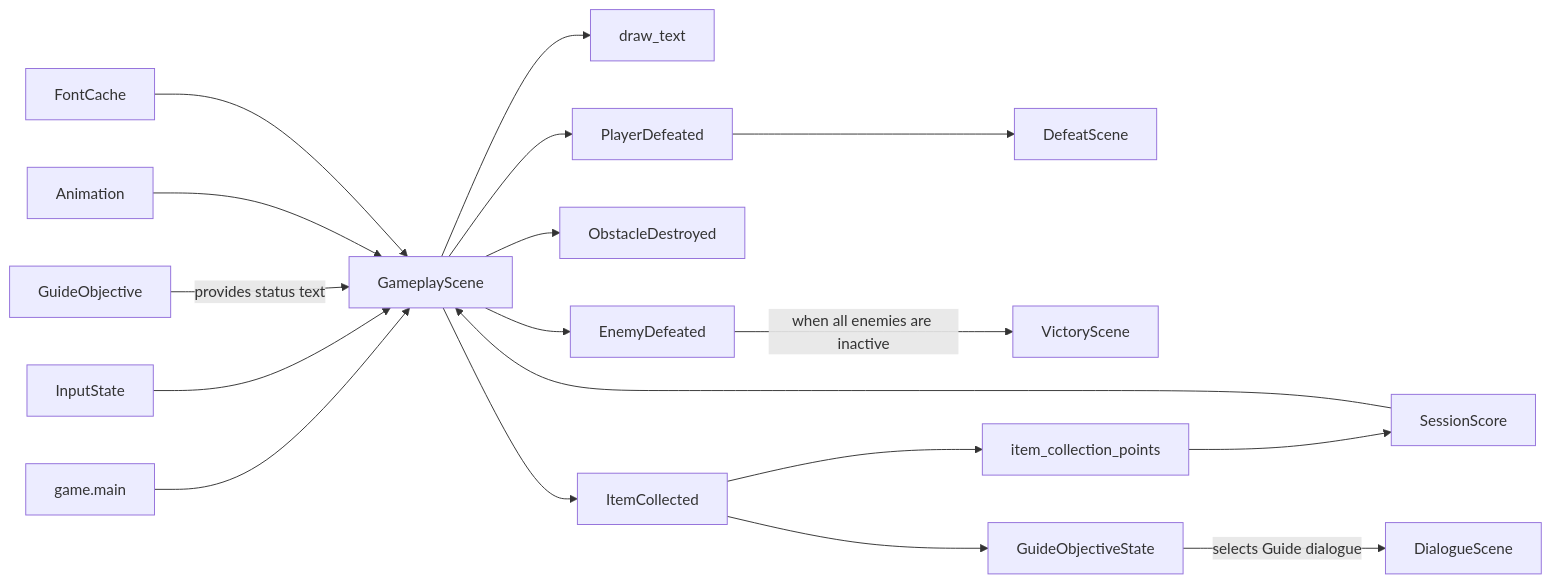
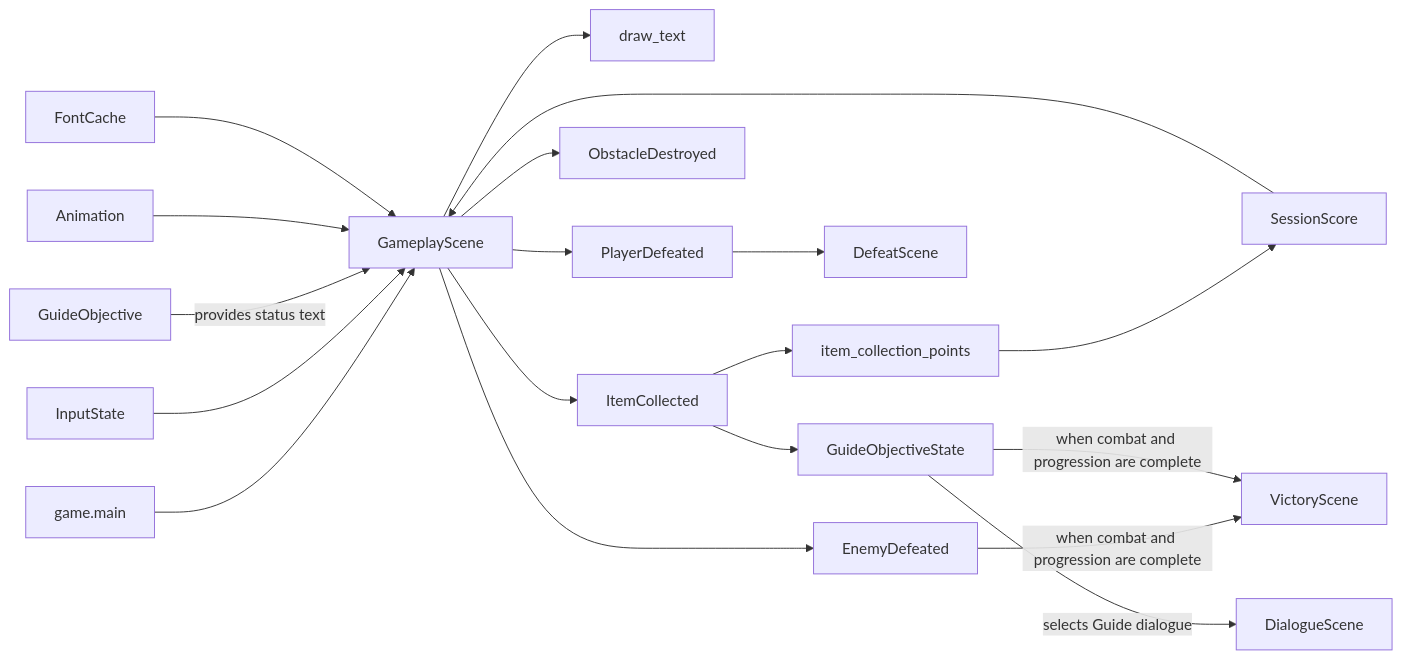
Before and after one commit to VincentMardon/my_first_adventure_game: the third of 3 diagrams in docs/architecture/overview.md, drawn with Mermaid. The commit also changed other lines of this file and 6 other files, not shown here.

Commit message:
feat(progression): require combat and objective for victory

````diff
--- a/docs/architecture/overview.md
+++ b/docs/architecture/overview.md
@@ -291,23 +292,24 @@
 ```mermaid
 flowchart LR
     GameMain["game.main"] --> GameplayScene["GameplayScene"]
 
     InputState["InputState"] --> GameplayScene
     SessionScore["SessionScore"] --> GameplayScene
     GuideObjective["GuideObjective"] -->|"provides status text"| GameplayScene
     Animation["Animation"] --> GameplayScene
     FontCache["FontCache"] --> GameplayScene
     GameplayScene --> DrawText["draw_text"]
 
     GameplayScene --> ItemCollected["ItemCollected"]
     GameplayScene --> ObstacleDestroyed["ObstacleDestroyed"]
     GameplayScene --> EnemyDefeated["EnemyDefeated"]
     GameplayScene --> PlayerDefeated["PlayerDefeated"]
     PlayerDefeated --> DefeatScene["DefeatScene"]
-    EnemyDefeated -->|"when all enemies are inactive"| VictoryScene["VictoryScene"]
+    EnemyDefeated -->|"when combat and progression are complete"| VictoryScene["VictoryScene"]
+    GuideObjectiveState -->|"when combat and progression are complete"| VictoryScene
 
     ItemCollected --> ItemCollectionPoints["item_collection_points"]
     ItemCollectionPoints --> SessionScore
     ItemCollected --> GuideObjectiveState["GuideObjectiveState"]
     GuideObjectiveState -->|"selects Guide dialogue"| DialogueScene["DialogueScene"]
 ```
````
